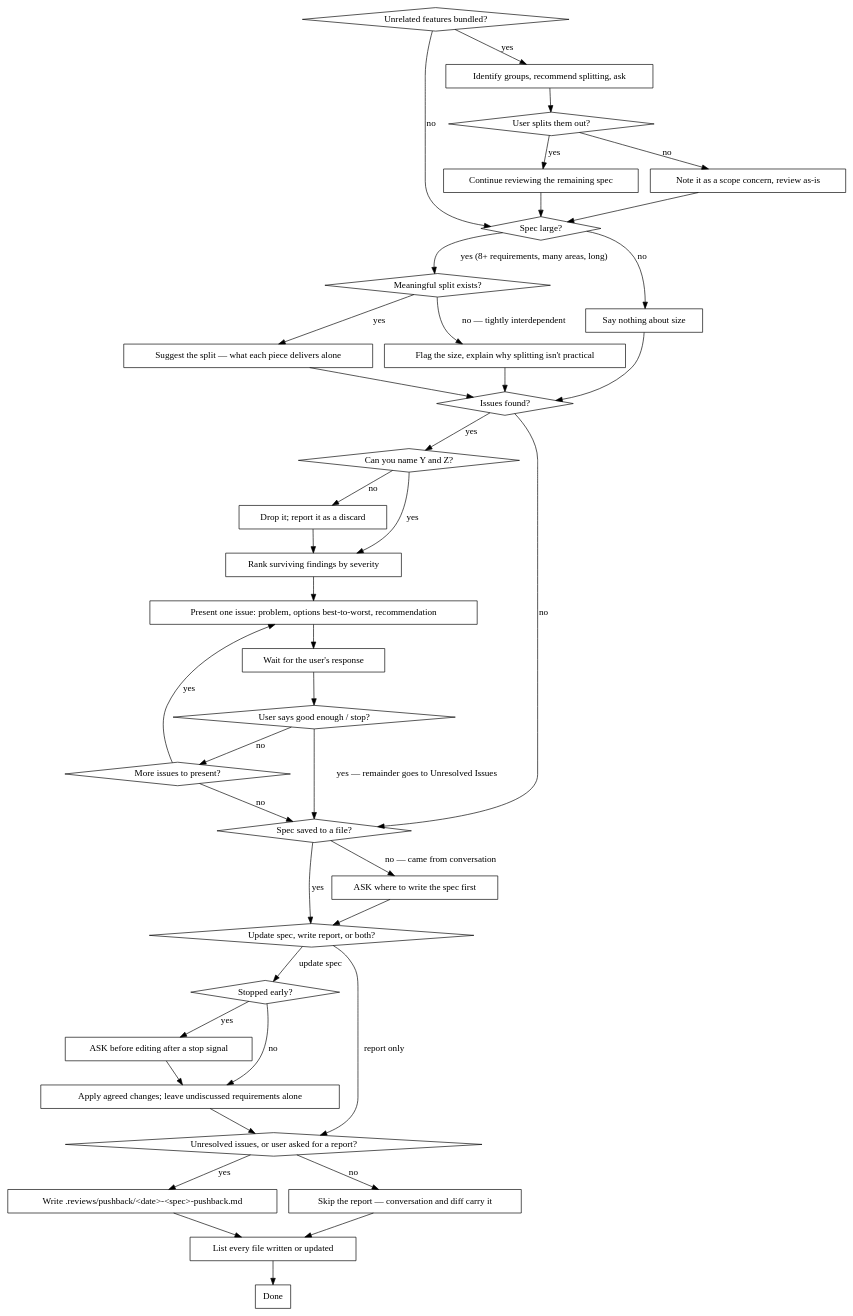
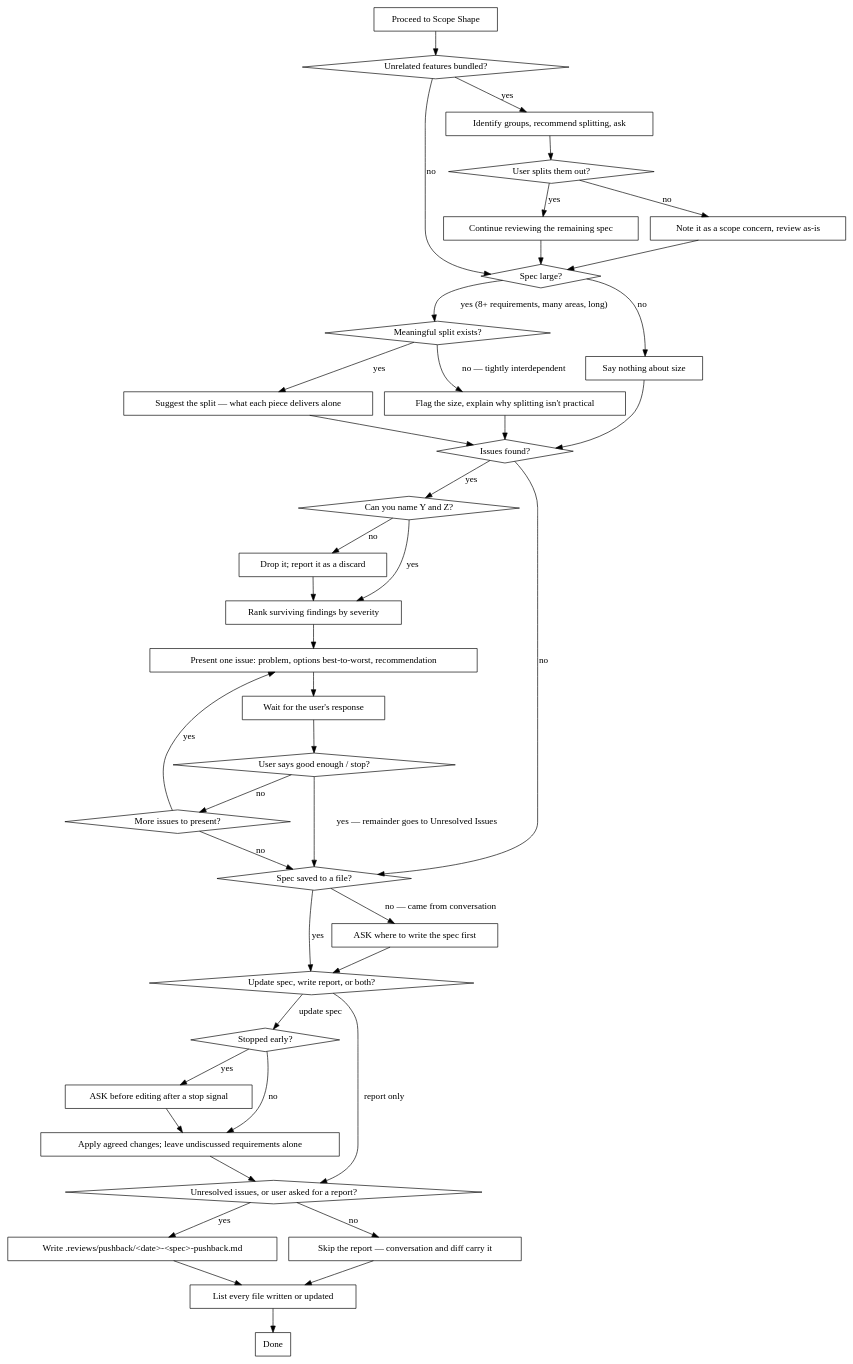
Before and after one commit to Ovid/paad: the second of 2 diagrams in kiro_and_antigravity/skills/.kiro/skills/pushback/SKILL.md, drawn with Graphviz. The commit also changed other lines of this file and 5 other files, not shown here.

````diff
--- a/kiro_and_antigravity/skills/.kiro/skills/pushback/SKILL.md
+++ b/kiro_and_antigravity/skills/.kiro/skills/pushback/SKILL.md
@@ -53,78 +53,81 @@
 ```dot
 digraph scope_critique_resolution {
+  "Proceed to Scope Shape" [shape=box];
   "Unrelated features bundled?" [shape=diamond];
   "User splits them out?" [shape=diamond];
   "Spec large?" [shape=diamond];
   "Meaningful split exists?" [shape=diamond];
   "Issues found?" [shape=diamond];
   "Can you name Y and Z?" [shape=diamond];
   "User says good enough / stop?" [shape=diamond];
   "More issues to present?" [shape=diamond];
   "Update spec, write report, or both?" [shape=diamond];
   "Stopped early?" [shape=diamond];
   "Unresolved issues, or user asked for a report?" [shape=diamond];
   "Spec saved to a file?" [shape=diamond];
 
   "Identify groups, recommend splitting, ask" [shape=box];
   "Continue reviewing the remaining spec" [shape=box];
   "Note it as a scope concern, review as-is" [shape=box];
   "Suggest the split — what each piece delivers alone" [shape=box];
   "Flag the size, explain why splitting isn't practical" [shape=box];
   "Say nothing about size" [shape=box];
   "Drop it; report it as a discard" [shape=box];
   "Rank surviving findings by severity" [shape=box];
   "Present one issue: problem, options best-to-worst, recommendation" [shape=box];
   "Wait for the user's response" [shape=box];
   "ASK where to write the spec first" [shape=box];
   "ASK before editing after a stop signal" [shape=box];
   "Apply agreed changes; leave undiscussed requirements alone" [shape=box];
   "Write .reviews/pushback/<date>-<spec>-pushback.md" [shape=box];
   "Skip the report — conversation and diff carry it" [shape=box];
   "List every file written or updated" [shape=box];
   "Done" [shape=box];
+
+  "Proceed to Scope Shape" -> "Unrelated features bundled?";
 
   "Unrelated features bundled?" -> "Identify groups, recommend splitting, ask" [label="yes"];
   "Unrelated features bundled?" -> "Spec large?" [label="no"];
   "Identify groups, recommend splitting, ask" -> "User splits them out?";
   "User splits them out?" -> "Continue reviewing the remaining spec" [label="yes"];
   "User splits them out?" -> "Note it as a scope concern, review as-is" [label="no"];
   "Continue reviewing the remaining spec" -> "Spec large?";
   "Note it as a scope concern, review as-is" -> "Spec large?";
 
   "Spec large?" -> "Meaningful split exists?" [label="yes (8+ requirements, many areas, long)"];
   "Spec large?" -> "Say nothing about size" [label="no"];
   "Meaningful split exists?" -> "Suggest the split — what each piece delivers alone" [label="yes"];
   "Meaningful split exists?" -> "Flag the size, explain why splitting isn't practical" [label="no — tightly interdependent"];
   "Suggest the split — what each piece delivers alone" -> "Issues found?";
   "Flag the size, explain why splitting isn't practical" -> "Issues found?";
   "Say nothing about size" -> "Issues found?";
 
   "Issues found?" -> "Can you name Y and Z?" [label="yes"];
   "Issues found?" -> "Spec saved to a file?" [label="no"];
   "Can you name Y and Z?" -> "Rank surviving findings by severity" [label="yes"];
   "Can you name Y and Z?" -> "Drop it; report it as a discard" [label="no"];
   "Drop it; report it as a discard" -> "Rank surviving findings by severity";
   "Rank surviving findings by severity" -> "Present one issue: problem, options best-to-worst, recommendation";
   "Present one issue: problem, options best-to-worst, recommendation" -> "Wait for the user's response";
   "Wait for the user's response" -> "User says good enough / stop?";
   "User says good enough / stop?" -> "Spec saved to a file?" [label="yes — remainder goes to Unresolved Issues"];
   "User says good enough / stop?" -> "More issues to present?" [label="no"];
   "More issues to present?" -> "Present one issue: problem, options best-to-worst, recommendation" [label="yes"];
   "More issues to present?" -> "Spec saved to a file?" [label="no"];
 
   "Spec saved to a file?" -> "Update spec, write report, or both?" [label="yes"];
   "Spec saved to a file?" -> "ASK where to write the spec first" [label="no — came from conversation"];
   "ASK where to write the spec first" -> "Update spec, write report, or both?";
   "Update spec, write report, or both?" -> "Stopped early?" [label="update spec"];
   "Update spec, write report, or both?" -> "Unresolved issues, or user asked for a report?" [label="report only"];
   "Stopped early?" -> "ASK before editing after a stop signal" [label="yes"];
   "Stopped early?" -> "Apply agreed changes; leave undiscussed requirements alone" [label="no"];
   "ASK before editing after a stop signal" -> "Apply agreed changes; leave undiscussed requirements alone";
   "Apply agreed changes; leave undiscussed requirements alone" -> "Unresolved issues, or user asked for a report?";
   "Unresolved issues, or user asked for a report?" -> "Write .reviews/pushback/<date>-<spec>-pushback.md" [label="yes"];
   "Unresolved issues, or user asked for a report?" -> "Skip the report — conversation and diff carry it" [label="no"];
   "Write .reviews/pushback/<date>-<spec>-pushback.md" -> "List every file written or updated";
   "Skip the report — conversation and diff carry it" -> "List every file written or updated";
   "List every file written or updated" -> "Done";
 }
 ```
````
